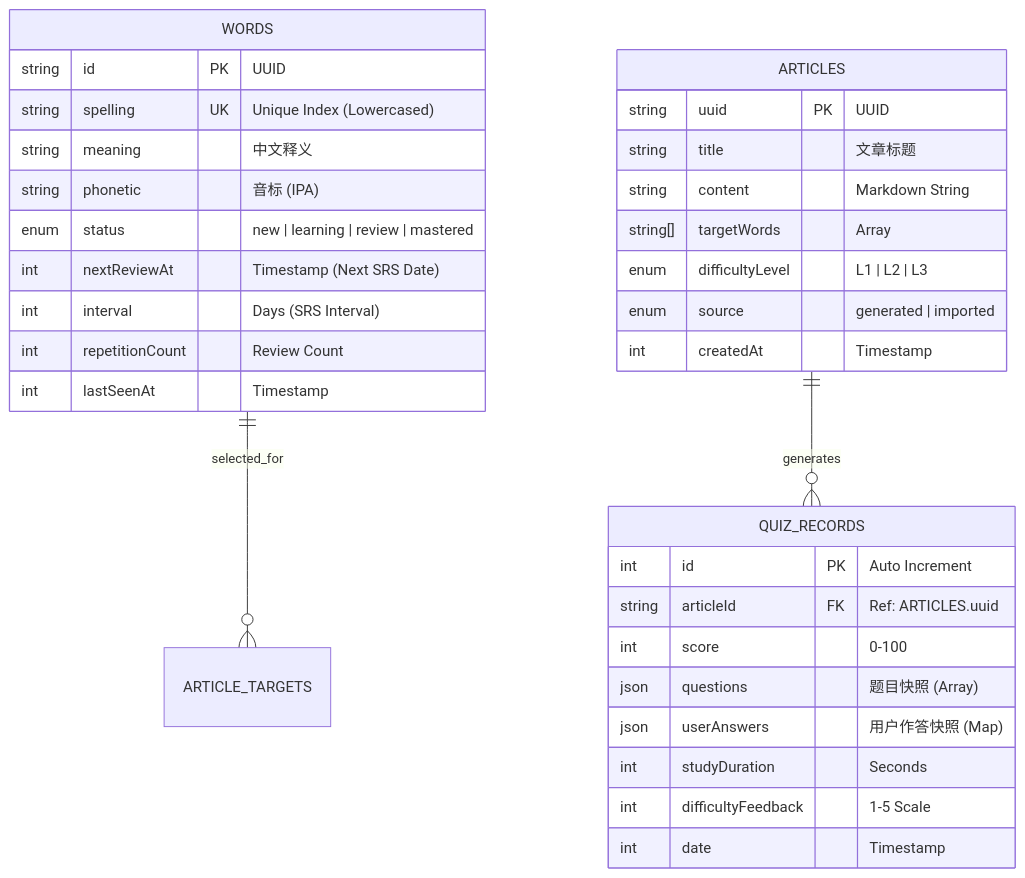
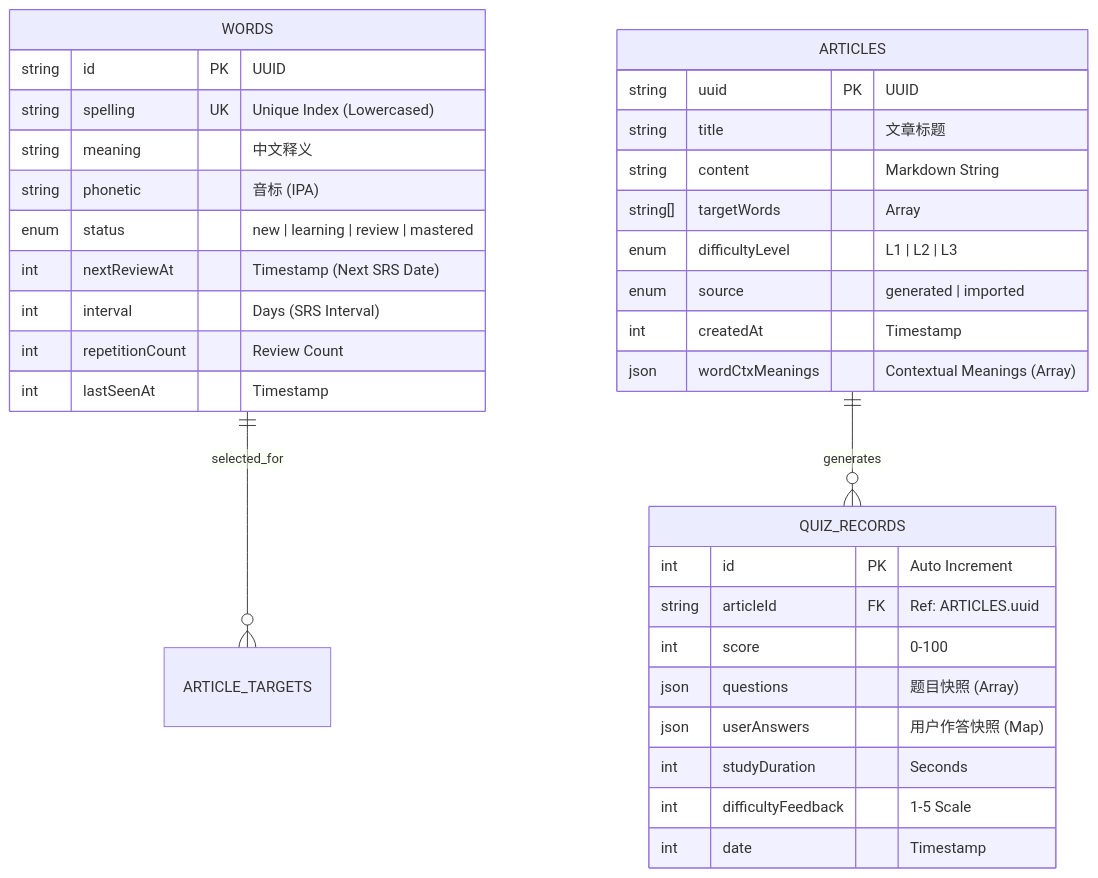
One commit to noguess/smartread changed the diagram in ARCHITECTURE.md. Above: the diagram before and after it, drawn with Mermaid. The commit also changed 11 other files, not shown here.

````diff
--- a/ARCHITECTURE.md
+++ b/ARCHITECTURE.md
@@ -37,38 +37,39 @@
 ```mermaid
 erDiagram
     WORDS ||--o{ ARTICLE_TARGETS : "selected_for"
     ARTICLES ||--o{ QUIZ_RECORDS : "generates"
     
     WORDS {
         string id PK "UUID"
         string spelling UK "Unique Index (Lowercased)"
         string meaning "中文释义"
         string phonetic "音标 (IPA)"
         enum status "new | learning | review | mastered"
         int nextReviewAt "Timestamp (Next SRS Date)"
         int interval "Days (SRS Interval)"
         int repetitionCount "Review Count"
         int lastSeenAt "Timestamp"
     }
 
     ARTICLES {
         string uuid PK "UUID"
         string title "文章标题"
         string content "Markdown String"
         string[] targetWords "Array<Word.spelling>"
         enum difficultyLevel "L1 | L2 | L3"
         enum source "generated | imported"
         int createdAt "Timestamp"
+        json wordCtxMeanings "Contextual Meanings (Array)"
     }
 
     QUIZ_RECORDS {
         int id PK "Auto Increment"
         string articleId FK "Ref: ARTICLES.uuid"
         int score "0-100"
         json questions "题目快照 (Array)"
         json userAnswers "用户作答快照 (Map)"
         int studyDuration "Seconds"
         int difficultyFeedback "1-5 Scale"
         int date "Timestamp"
     }
 ```
````
